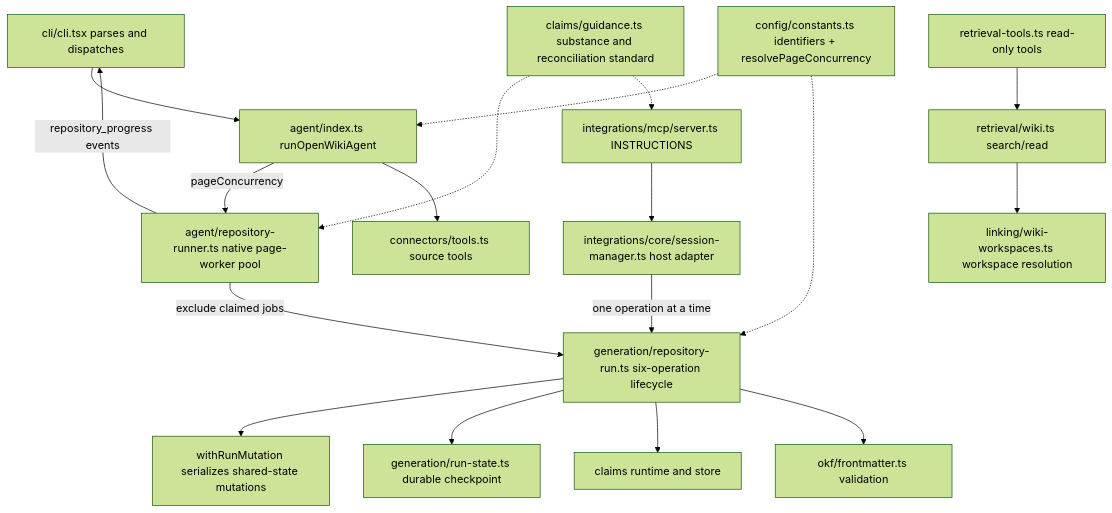
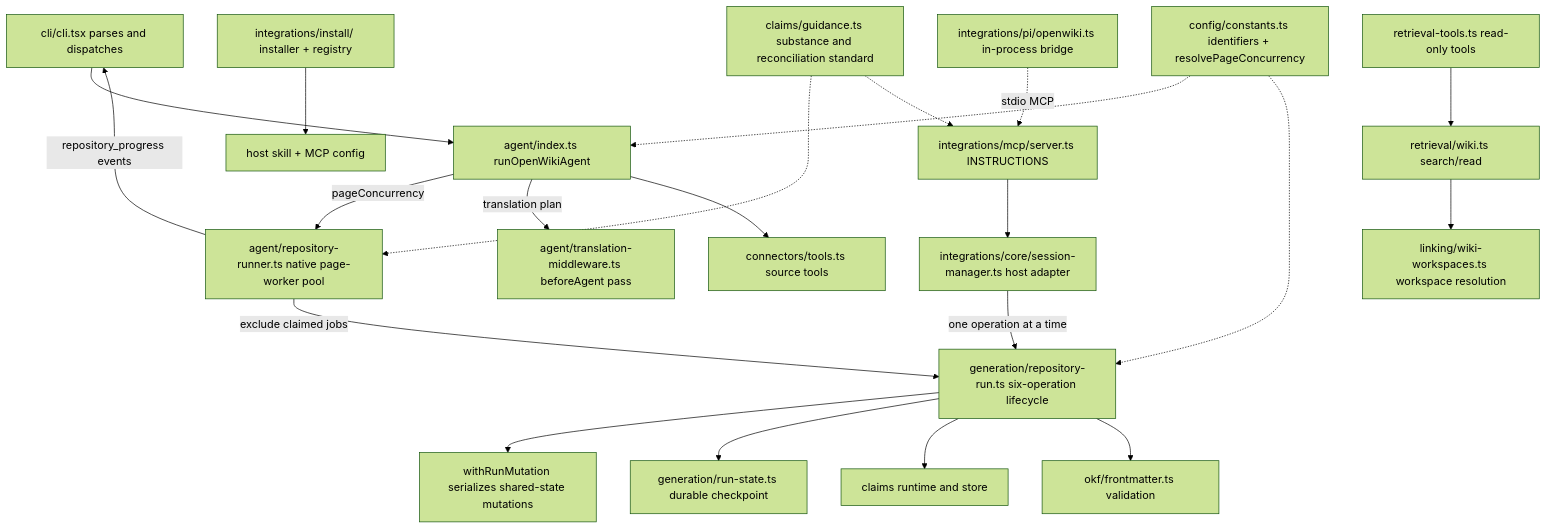
One commit to langchain-ai/openwiki changed the diagram in openwiki/architecture/source-map.md. Above: the diagram before and after it, drawn with Mermaid (forest theme). The commit also changed other lines of this file and 45 other files, not shown here.

````diff
--- a/openwiki/architecture/source-map.md
+++ b/openwiki/architecture/source-map.md
@@ -670,20 +742,23 @@
 ```mermaid
 flowchart TD
   CLI["cli/cli.tsx parses and dispatches"] --> Agent["agent/index.ts runOpenWikiAgent"]
   Agent -->|pageConcurrency| Runner["agent/repository-runner.ts native page-worker pool"]
+  Agent -->|translation plan| Translation["agent/translation-middleware.ts beforeAgent pass"]
   Runner -->|repository_progress events| CLI
   Runner -->|exclude claimed jobs| Gen["generation/repository-run.ts six-operation lifecycle"]
   Session["integrations/core/session-manager.ts host adapter"] -->|one operation at a time| Gen
   Gen --> Lock["withRunMutation serializes shared-state mutations"]
   Gen --> State["generation/run-state.ts durable checkpoint"]
   Gen --> Claims["claims runtime and store"]
   Gen --> OKF["okf/frontmatter.ts validation"]
   Guidance["claims/guidance.ts substance and reconciliation standard"] -.-> Runner
   Guidance -.-> MCP["integrations/mcp/server.ts INSTRUCTIONS"]
   MCP --> Session
+  Install["integrations/install/ installer + registry"] --> Hosts["host skill + MCP config"]
+  Pi["integrations/pi/openwiki.ts in-process bridge"] -.->|stdio MCP| MCP
   Retrieval["retrieval-tools.ts read-only tools"] --> WikiSearch["retrieval/wiki.ts search/read"]
   WikiSearch --> Linking["linking/wiki-workspaces.ts workspace resolution"]
   Agent --> Connectors["connectors/tools.ts source tools"]
   Config["config/constants.ts identifiers + resolvePageConcurrency"] -.-> Agent
   Config -.-> Gen
 ```
````
